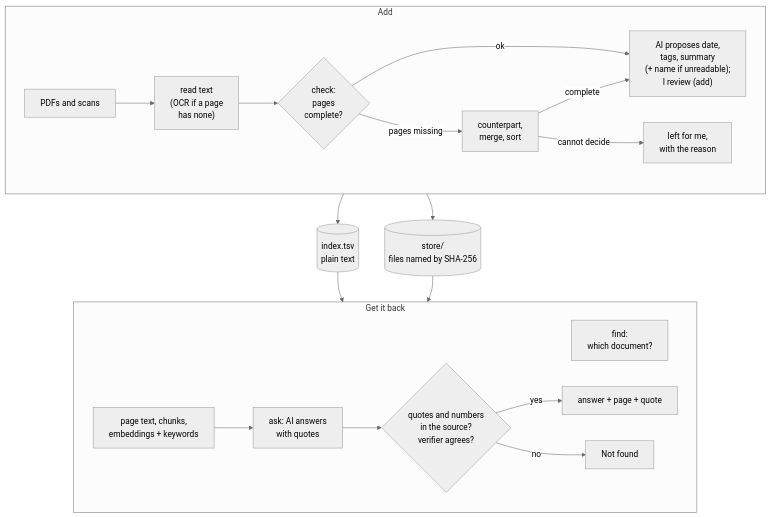
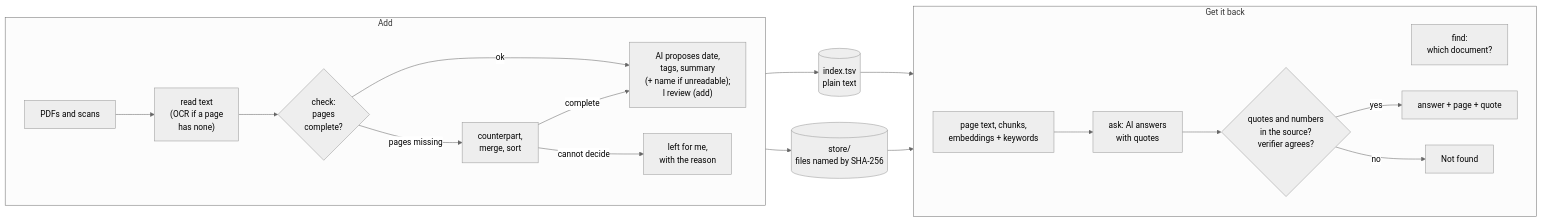
Before and after one commit to DseaKu/smart-shoebox: the diagram in README.md, drawn with Mermaid (neutral theme).

Commit message:
Lay out the README diagram left to right
Put the Add and Get it back blocks side by side, so the whole
diagram fits without scrolling.

````diff
--- a/README.md
+++ b/README.md
@@ -26,22 +26,22 @@
 ```mermaid
-flowchart TB
+flowchart LR
     subgraph in["Add"]
         direction LR
         pile["PDFs and scans"] --> read["read text<br/>(OCR if a page<br/>has none)"] --> check{"check:<br/>pages<br/>complete?"}
         check -- "pages missing" --> complete["counterpart,<br/>merge, sort"]
         check -- "ok" --> add["AI proposes date,<br/>tags, summary<br/>(+ name if unreadable);<br/>I review (add)"]
         complete -- "complete" --> add
         complete -- "cannot decide" --> you["left for me,<br/>with the reason"]
     end
     add --> index[("index.tsv<br/>plain text")]
     add --> store[("store/<br/>files named by SHA-256")]
     subgraph out["Get it back"]
         direction LR
         find["find:<br/>which document?"]
         chunks["page text, chunks,<br/>embeddings + keywords"] --> ask["ask: AI answers<br/>with quotes"] --> verify{"quotes and numbers<br/>in the source?<br/>verifier agrees?"}
         verify -- "yes" --> answer["answer + page + quote"]
         verify -- "no" --> notfound["Not found"]
     end
     index --> find
     store --> chunks
 ```
````
